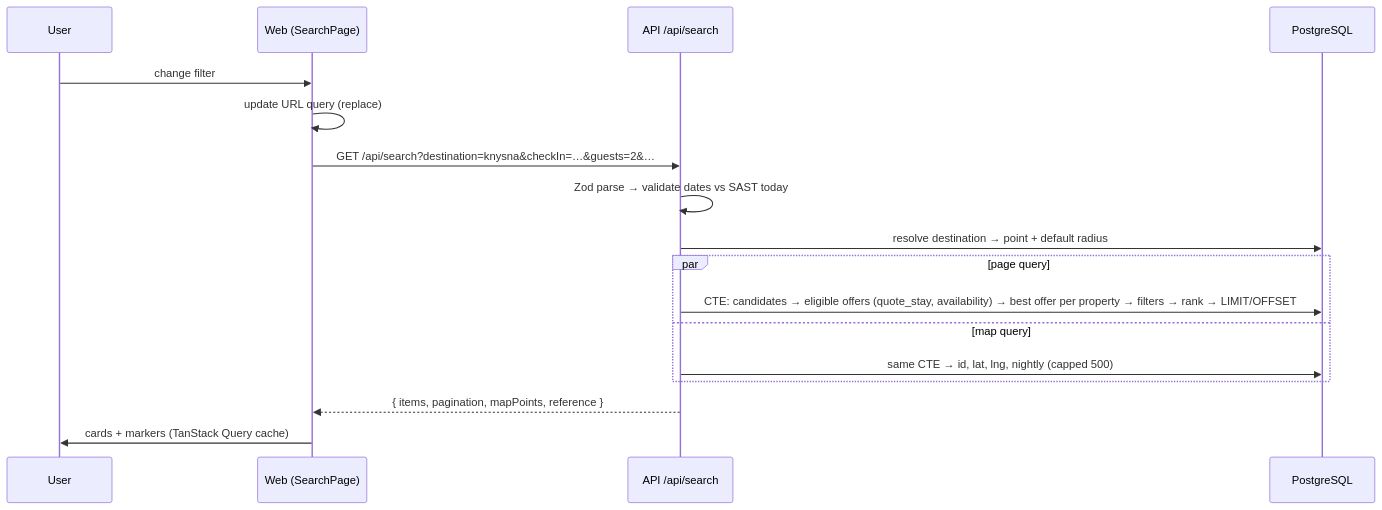
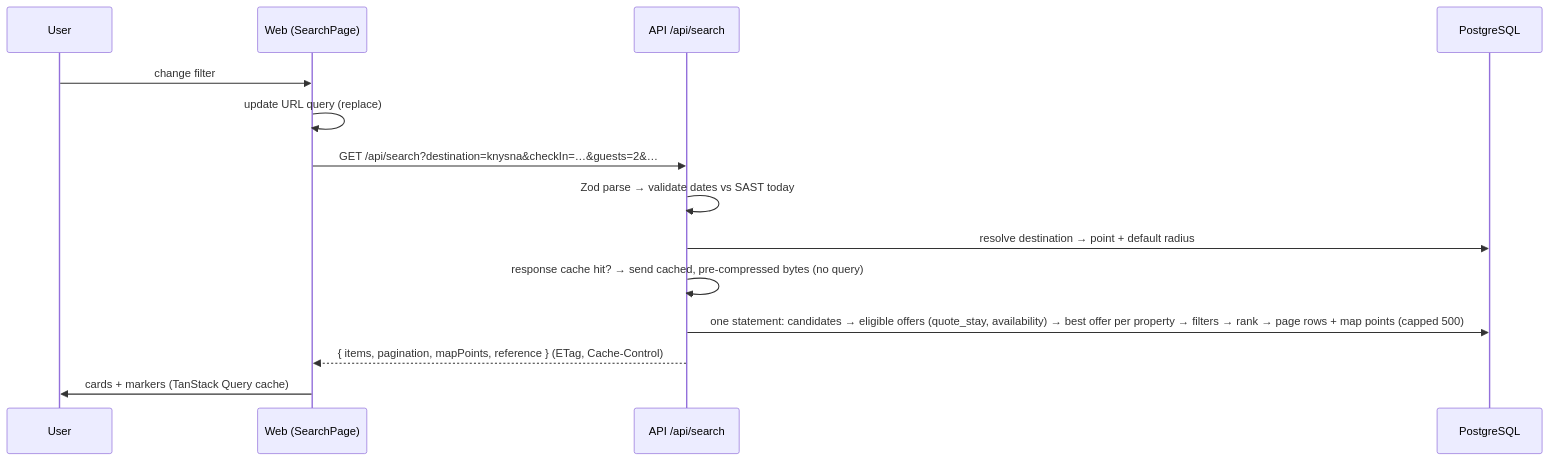
The second of 2 diagrams in docs/ARCHITECTURE.md (MichaelOfKrypton/Wayfare), drawn with Mermaid before and after one commit. The commit also changed other lines of this file and 61 other files, not shown here.

````diff
--- a/docs/ARCHITECTURE.md
+++ b/docs/ARCHITECTURE.md
@@ -97,20 +97,17 @@
 ```mermaid
 sequenceDiagram
   participant U as User
   participant W as Web (SearchPage)
   participant A as API /api/search
   participant D as PostgreSQL
 
   U->>W: change filter
   W->>W: update URL query (replace)
   W->>A: GET /api/search?destination=knysna&checkIn=…&guests=2&…
   A->>A: Zod parse → validate dates vs SAST today
   A->>D: resolve destination → point + default radius
-  par page query
-    A->>D: CTE: candidates → eligible offers (quote_stay, availability) → best offer per property → filters → rank → LIMIT/OFFSET
-  and map query
-    A->>D: same CTE → id, lat, lng, nightly (capped 500)
-  end
-  A-->>W: { items, pagination, mapPoints, reference }
+  A->>A: response cache hit? → send cached, pre-compressed bytes (no query)
+  A->>D: one statement: candidates → eligible offers (quote_stay, availability) → best offer per property → filters → rank → page rows + map points (capped 500)
+  A-->>W: { items, pagination, mapPoints, reference } (ETag, Cache-Control)
   W->>U: cards + markers (TanStack Query cache)
 ```
````
